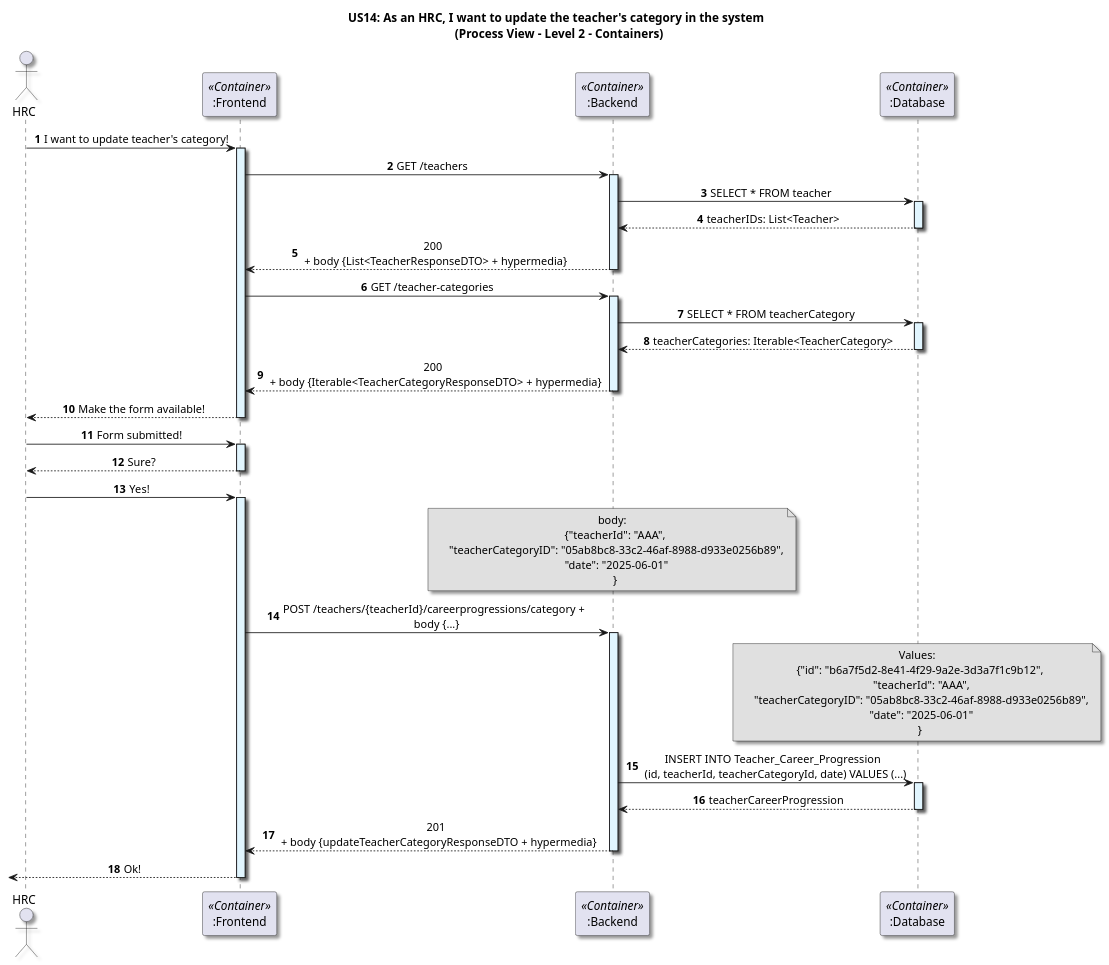
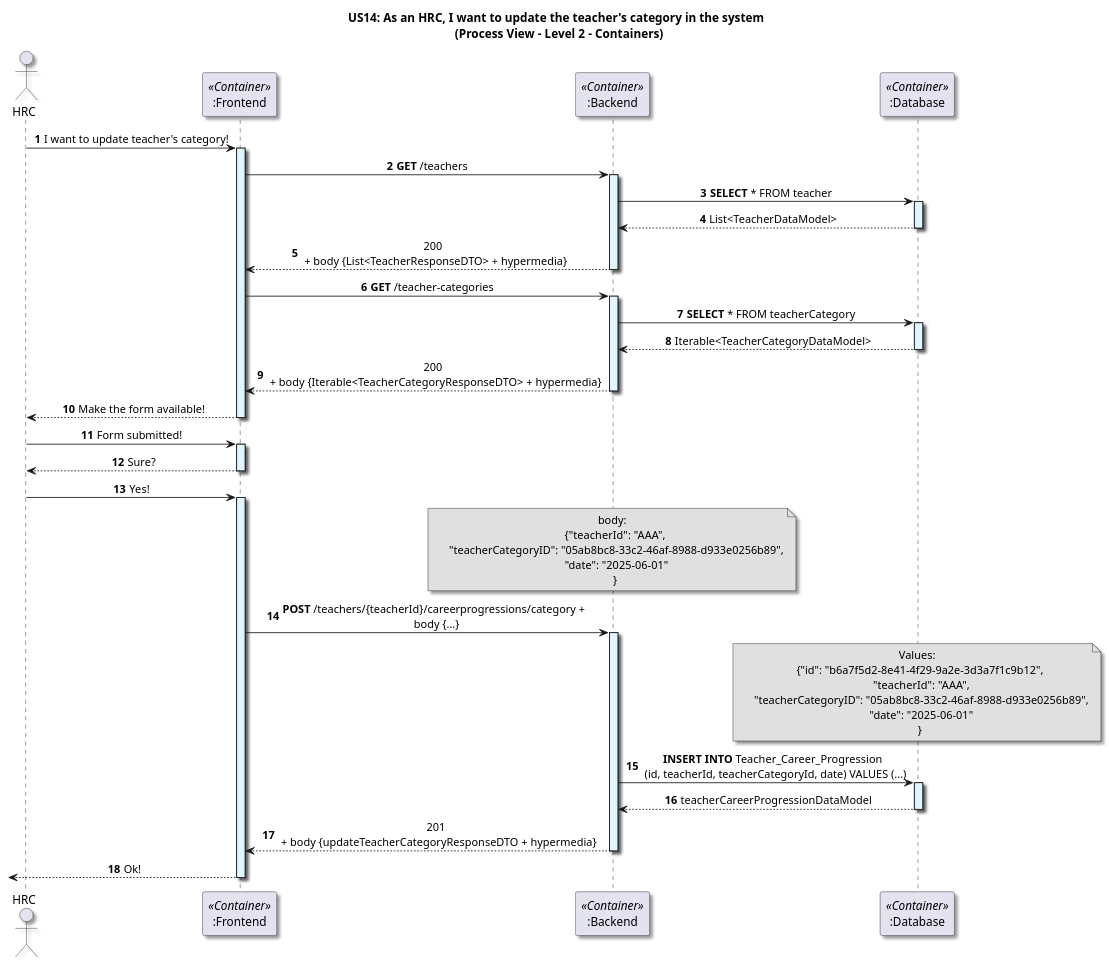
The diagram in docs/US14/Sprint7_RestAPI/ProcessView/Level2.puml (GasparISEP/DevOps-PAI), drawn with PlantUML before and after one commit. The commit also changed 1 other file, not shown here.

Commit message:
doc (process view): refactor Level 2 and Level 3 Process View diagrams with minor adjustments #675 #678

```diff
--- a/docs/US14/Sprint7_RestAPI/ProcessView/Level2.puml
+++ b/docs/US14/Sprint7_RestAPI/ProcessView/Level2.puml
@@ -1,84 +1,84 @@
 @startuml
 
 title US14: As an HRC, I want to update the teacher's category in the system \n (Process View - Level 2 - Containers)
 
 skinparam componentStyle component
 skinparam defaultTextAlignment center
 skinparam shadowing true
 
 autonumber
 
 actor HRC as admin
 participant ":Frontend" as frontend <<Container>>
 participant ":Backend" as backend <<Container>>
 participant ":Database" as db <<Container>>
 
 
 admin -> frontend: I want to update teacher's category!
 activate frontend #E1F5FE
 
-frontend -> backend: GET /teachers
+frontend -> backend: **GET** /teachers
 activate backend #E1F5FE
 
-backend -> db: SELECT * FROM teacher
+backend -> db: **SELECT** * FROM teacher
 activate db #E1F5FE
-db --> backend: teacherIDs: List<Teacher>
+db --> backend: List<TeacherDataModel>
 deactivate db
 
 backend --> frontend: 200 \n + body {List<TeacherResponseDTO> + hypermedia}
 deactivate backend
 
-frontend -> backend: GET /teacher-categories
+frontend -> backend: **GET** /teacher-categories
 activate backend #E1F5FE
-backend -> db: SELECT * FROM teacherCategory
+backend -> db: **SELECT** * FROM teacherCategory
 activate db #E1F5FE
-db --> backend: teacherCategories: Iterable<TeacherCategory>
+db --> backend: Iterable<TeacherCategoryDataModel>
 deactivate db
 backend --> frontend: 200 \n + body {Iterable<TeacherCategoryResponseDTO> + hypermedia}
 deactivate backend
 
 frontend --> admin: Make the form available!
 deactivate frontend
 
 admin -> frontend: Form submitted!
 activate frontend #E1F5FE
 
 frontend --> admin: Sure?
 deactivate frontend
 
 admin -> frontend: Yes!
 activate frontend #E1F5FE
 
 note over backend #E0E0E0
   body:
     {"teacherId": "AAA",
      "teacherCategoryID": "05ab8bc8-33c2-46af-8988-d933e0256b89",
      "date": "2025-06-01"
     }
 end note
 
-frontend -> backend: POST /teachers/{teacherId}/careerprogressions/category + \n body {...}
+frontend -> backend: **POST** /teachers/{teacherId}/careerprogressions/category + \n body {...}
 activate backend #E1F5FE
 
 note over db #E0E0E0
   Values:
     {"id": "b6a7f5d2-8e41-4f29-9a2e-3d3a7f1c9b12",
      "teacherId": "AAA",
      "teacherCategoryID": "05ab8bc8-33c2-46af-8988-d933e0256b89",
      "date": "2025-06-01"
     }
 end note
 
-backend -> db: INSERT INTO Teacher_Career_Progression \n (id, teacherId, teacherCategoryId, date) VALUES (...)
+backend -> db: **INSERT INTO** Teacher_Career_Progression \n (id, teacherId, teacherCategoryId, date) VALUES (...)
 activate db #E1F5FE
 
-db --> backend: teacherCareerProgression
+db --> backend: teacherCareerProgressionDataModel
 deactivate db
 
 backend --> frontend: 201 \n + body {updateTeacherCategoryResponseDTO + hypermedia}
 deactivate backend
 
 <-- frontend : Ok!
 deactivate frontend
 
 @enduml
```
